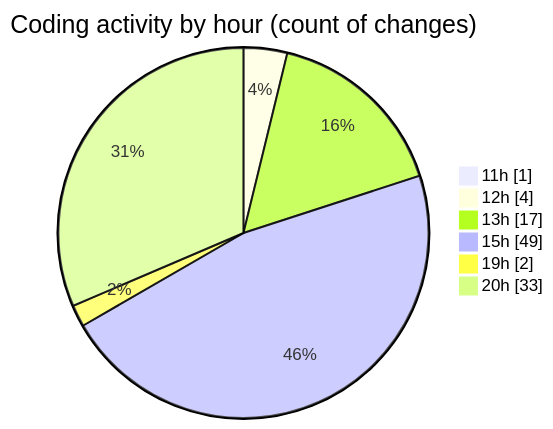
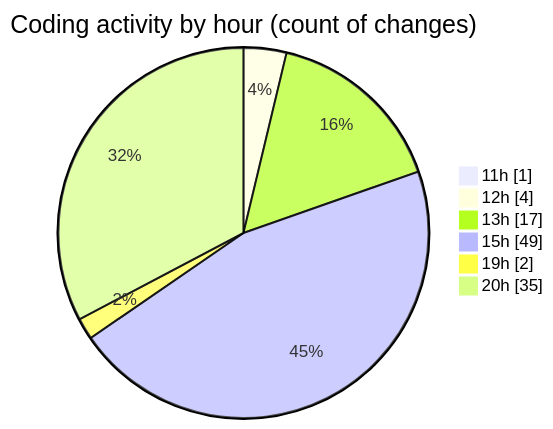
The second of 2 diagrams in 2025-09-28/nxtqube_webapp/README.md (nxtqubesakshisongat/code-tracking), drawn with Mermaid before and after one commit. The commit also changed other lines of this file and 1 other file, not shown here.

````diff
--- a/2025-09-28/nxtqube_webapp/README.md
+++ b/2025-09-28/nxtqube_webapp/README.md
@@ -32,10 +32,10 @@
 ```mermaid
 pie showData
 title Coding activity by hour (count of changes)
 "11h" : 1
 "12h" : 4
 "13h" : 17
 "15h" : 49
 "19h" : 2
-"20h" : 33
+"20h" : 35
 ```
````
